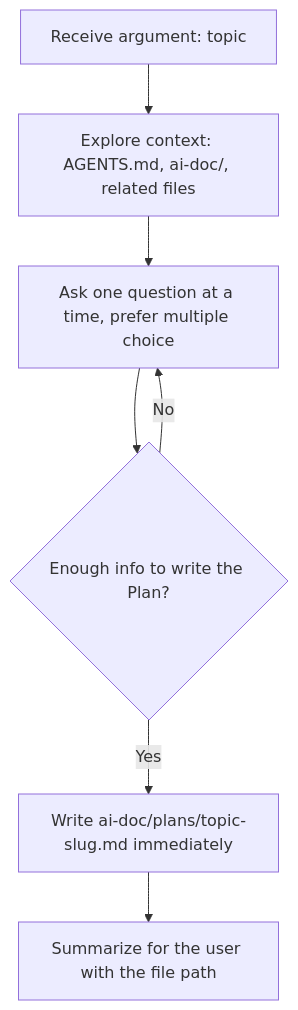
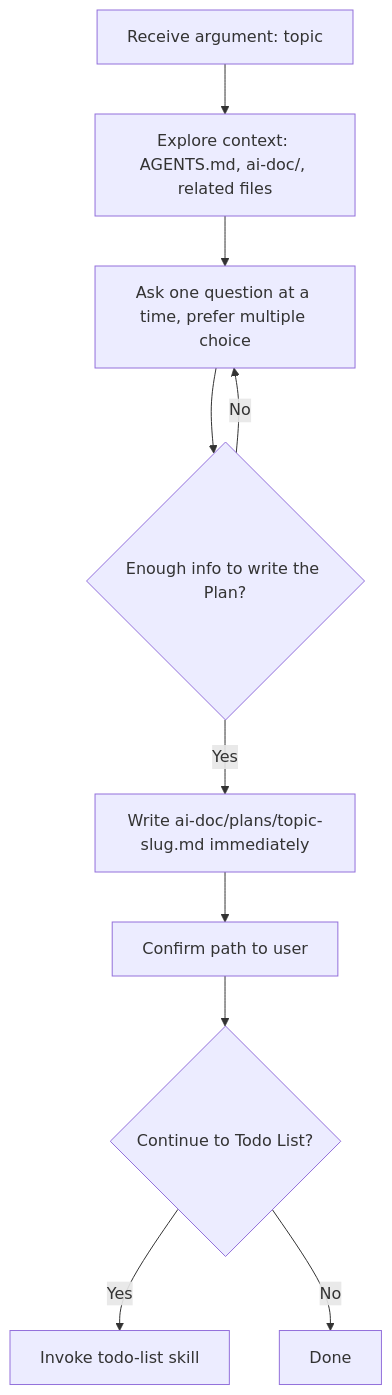
The diagram in skills/interview-plan.md (raiz32/agent-template), drawn with Mermaid before and after one commit. The commit also changed other lines of this file and 1 other file, not shown here.

Commit message:
feat: enhance interview plan and introduce todo list skill for actionable task breakdown

````diff
--- a/skills/interview-plan.md
+++ b/skills/interview-plan.md
@@ -12,9 +12,12 @@
 ```mermaid
 flowchart TD
   A[Receive argument: topic] --> B[Explore context: AGENTS.md, ai-doc/, related files]
   B --> C[Ask one question at a time, prefer multiple choice]
   C --> D{Enough info to write the Plan?}
   D -- No --> C
   D -- Yes --> E[Write ai-doc/plans/topic-slug.md immediately]
-  E --> F[Summarize for the user with the file path]
+  E --> F[Confirm path to user]
+  F --> G{Continue to Todo List?}
+  G -- Yes --> H[Invoke todo-list skill]
+  G -- No --> I[Done]
 ```
````
